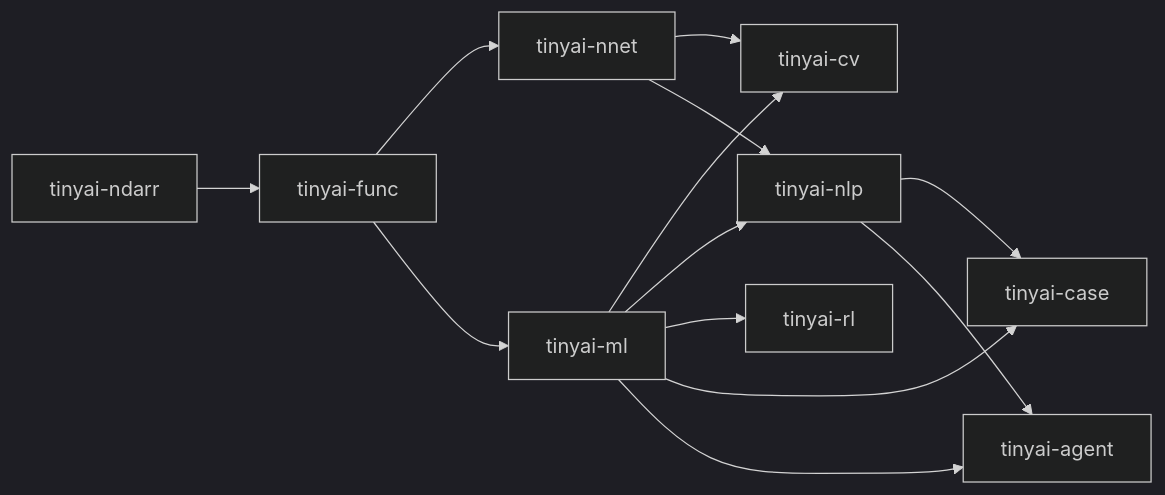
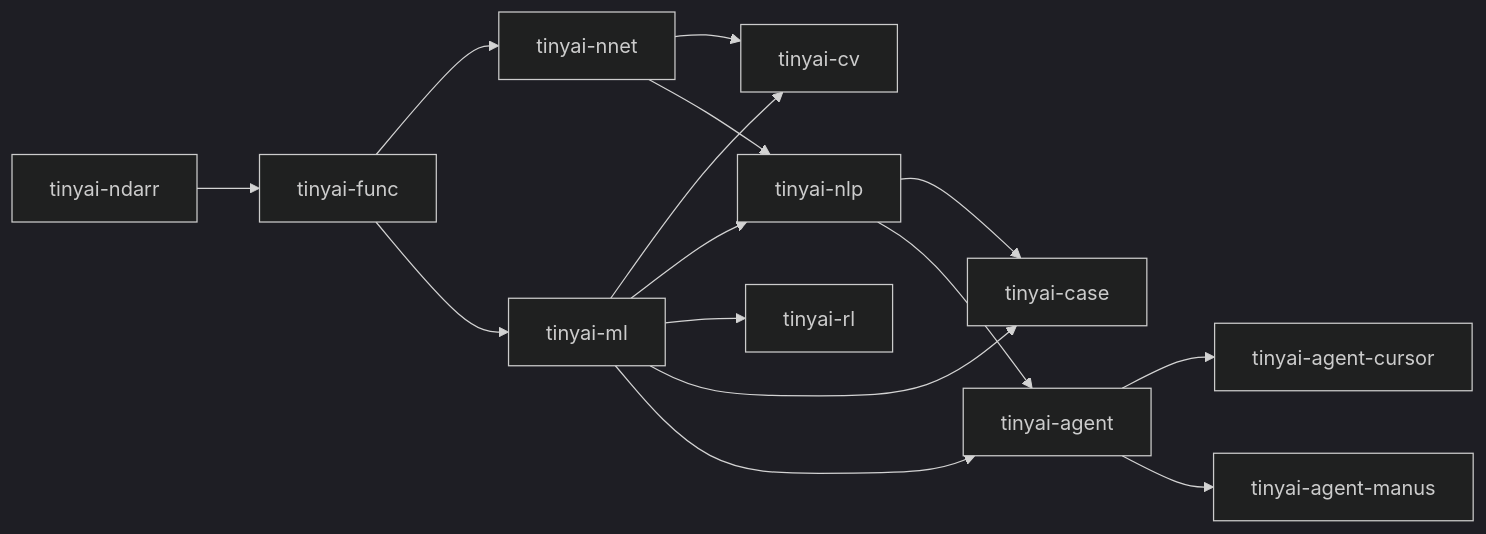
Before and after one commit to Leavesfly/TinyAI: the eighth of 8 diagrams in .qoder/repowiki/zh/content/项目概述.md, drawn with Mermaid (dark theme). The commit also changed other lines of this file and 40 other files, not shown here.

````diff
--- a/.qoder/repowiki/zh/content/项目概述.md
+++ b/.qoder/repowiki/zh/content/项目概述.md
@@ -239,15 +330,17 @@
 ```mermaid
 graph LR
 A[tinyai-ndarr] --> B[tinyai-func]
 B --> C[tinyai-nnet]
 B --> D[tinyai-ml]
 C --> E[tinyai-cv]
 C --> F[tinyai-nlp]
 D --> E
 D --> F
 D --> G[tinyai-rl]
 D --> H[tinyai-case]
 F --> H
 D --> I[tinyai-agent]
 F --> I
+I --> J[tinyai-agent-cursor]
+I --> K[tinyai-agent-manus]
 ```
````
